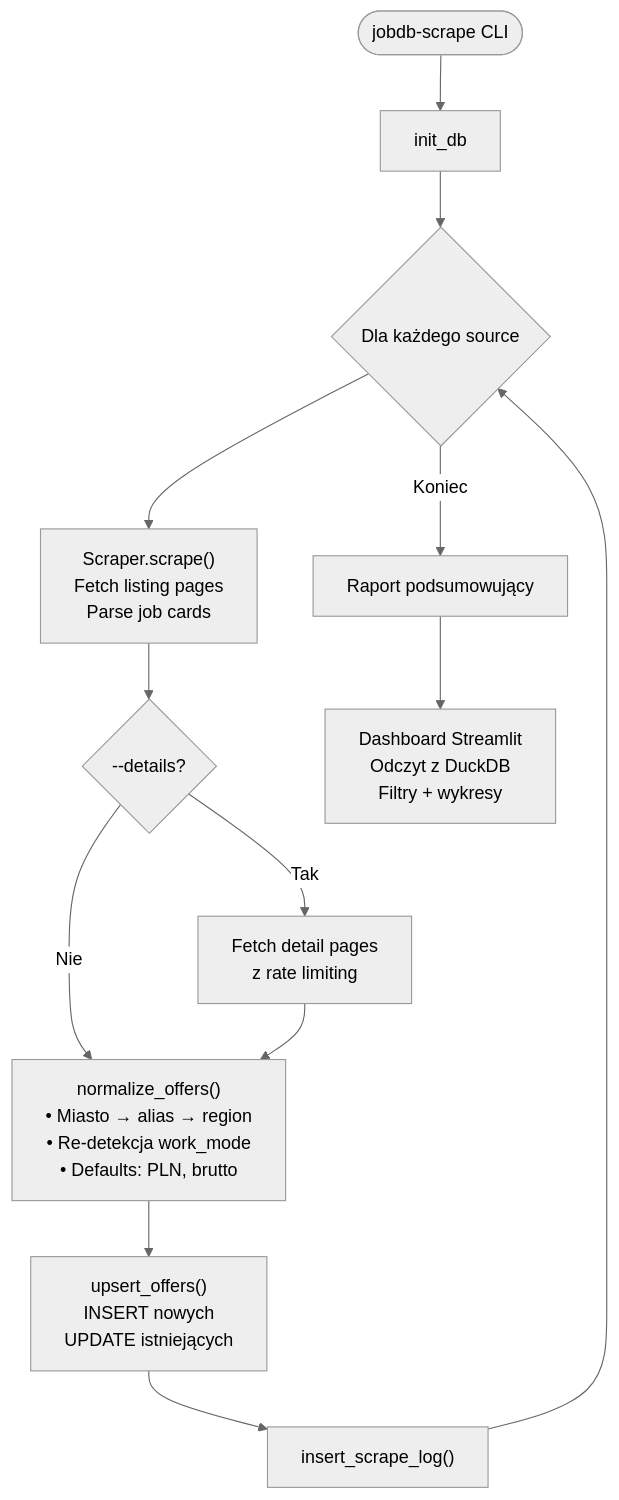
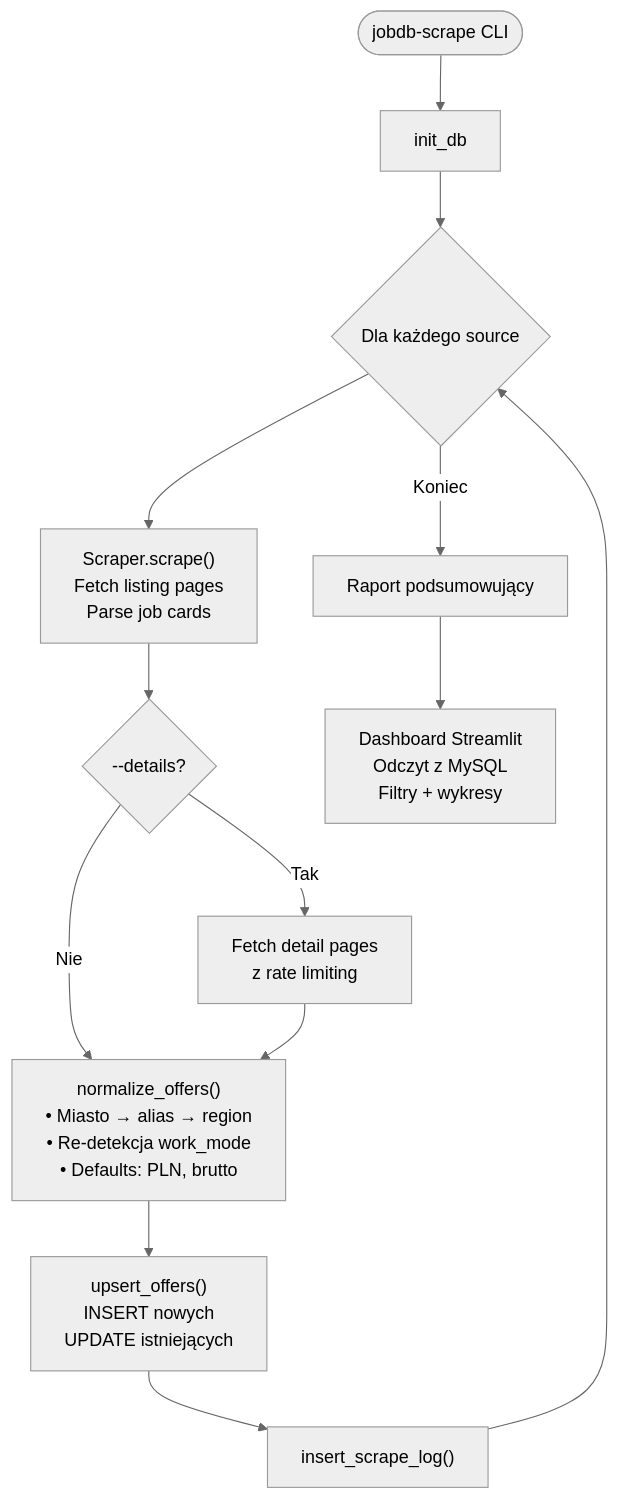
One commit to mkonefal2/jobDB changed the third of 3 diagrams in docs/PROJECT_DESIGN.md. Above: the diagram before and after it, drawn with Mermaid (neutral theme). The commit also changed other lines of this file and 31 other files, not shown here.

````diff
--- a/docs/PROJECT_DESIGN.md
+++ b/docs/PROJECT_DESIGN.md
@@ -334,24 +340,24 @@
 ```mermaid
 flowchart TD
     START([jobdb-scrape CLI]) --> INIT[init_db]
     INIT --> LOOP{Dla każdego source}
 
     LOOP --> SCRAPE["Scraper.scrape()<br/>Fetch listing pages<br/>Parse job cards"]
     SCRAPE --> DETAIL{"--details?"}
     DETAIL -->|Tak| FETCH["Fetch detail pages<br/>z rate limiting"]
     DETAIL -->|Nie| NORM
     FETCH --> NORM
 
     NORM["normalize_offers()<br/>• Miasto → alias → region<br/>• Re-detekcja work_mode<br/>• Defaults: PLN, brutto"]
 
     NORM --> UPSERT["upsert_offers()<br/>INSERT nowych<br/>UPDATE istniejących"]
 
     UPSERT --> LOG["insert_scrape_log()"]
     LOG --> LOOP
 
     LOOP -->|Koniec| REPORT[Raport podsumowujący]
 
-    REPORT --> DASHBOARD["Dashboard Streamlit<br/>Odczyt z DuckDB<br/>Filtry + wykresy"]
+    REPORT --> DASHBOARD["Dashboard Streamlit<br/>Odczyt z MySQL<br/>Filtry + wykresy"]
 
     style DETAIL diamond
 ```
````
